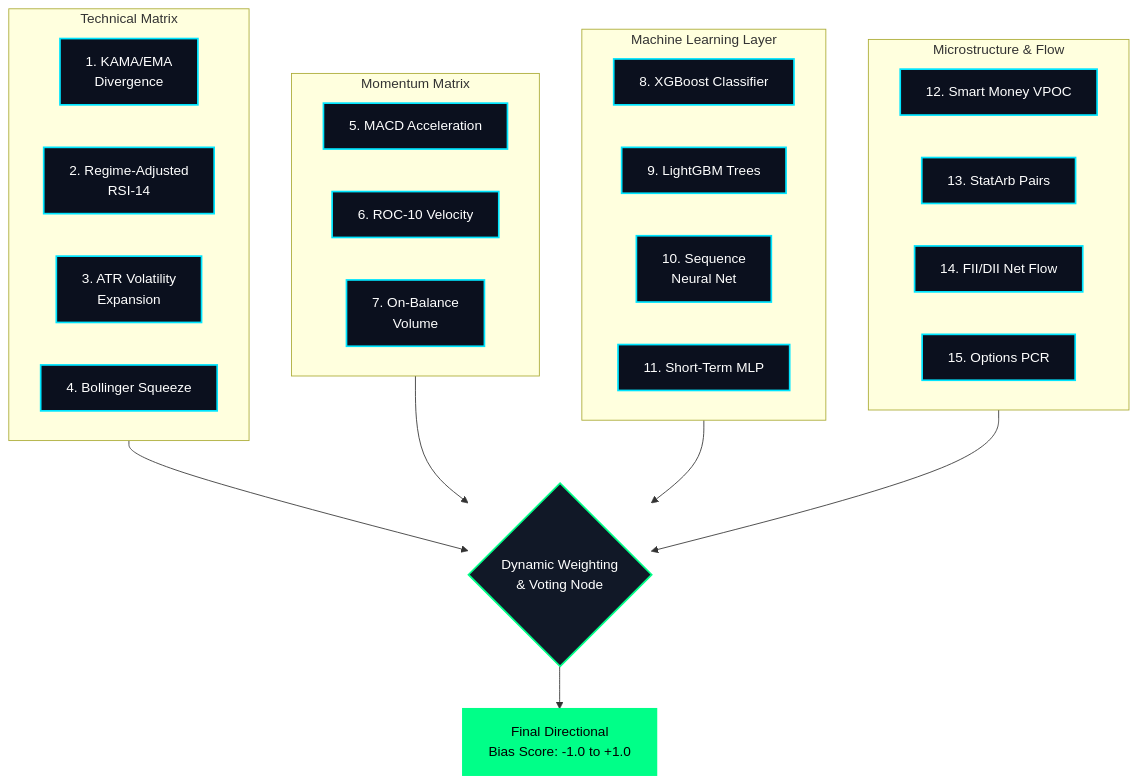
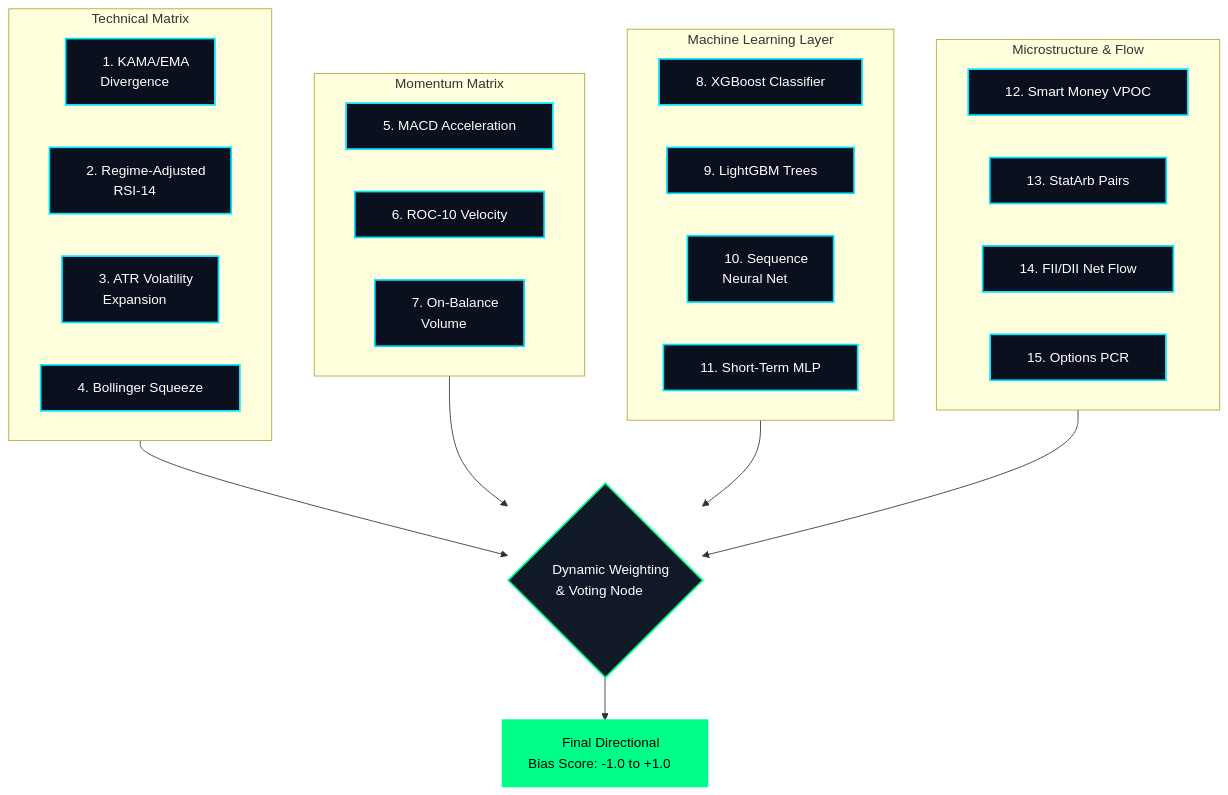
The third of 5 diagrams in README.md (SaiSiddharthBS/MarketAnalyser), drawn with Mermaid before and after one commit. The commit also changed other lines of this file, not shown here.

Commit message:
docs: Fix mermaid clipping by stripping markdown strings and injecting structural HTML non-breaking spaces for bounding box pad

````diff
--- a/README.md
+++ b/README.md
@@ -184,46 +184,46 @@
 ```mermaid
 graph TD
-    subgraph Technical["`Technical Matrix`"]
-        M1["`1. KAMA/EMA<br/>Divergence`"]
-        M2["`2. Regime-Adjusted<br/>RSI-14`"]
-        M3["`3. ATR Volatility<br/>Expansion`"]
-        M4["`4. Bollinger Squeeze`"]
+    subgraph Technical["Technical Matrix"]
+        M1["&nbsp;&nbsp;&nbsp;1. KAMA/EMA<br/>Divergence&nbsp;&nbsp;&nbsp;"]
+        M2["&nbsp;&nbsp;&nbsp;2. Regime-Adjusted<br/>RSI-14&nbsp;&nbsp;&nbsp;"]
+        M3["&nbsp;&nbsp;&nbsp;3. ATR Volatility<br/>Expansion&nbsp;&nbsp;&nbsp;"]
+        M4["&nbsp;&nbsp;&nbsp;4. Bollinger Squeeze&nbsp;&nbsp;&nbsp;"]
     end
     
-    subgraph Momentum["`Momentum Matrix`"]
-        M5["`5. MACD Acceleration`"]
-        M6["`6. ROC-10 Velocity`"]
-        M7["`7. On-Balance<br/>Volume`"]
+    subgraph Momentum["Momentum Matrix"]
+        M5["&nbsp;&nbsp;&nbsp;5. MACD Acceleration&nbsp;&nbsp;&nbsp;"]
+        M6["&nbsp;&nbsp;&nbsp;6. ROC-10 Velocity&nbsp;&nbsp;&nbsp;"]
+        M7["&nbsp;&nbsp;&nbsp;7. On-Balance<br/>Volume&nbsp;&nbsp;&nbsp;"]
     end
     
-    subgraph MachineLearning["`Machine Learning Layer`"]
-        M8["`8. XGBoost Classifier`"]
-        M9["`9. LightGBM Trees`"]
-        M10["`10. Sequence<br/>Neural Net`"]
-        M11["`11. Short-Term MLP`"]
+    subgraph MachineLearning["Machine Learning Layer"]
+        M8["&nbsp;&nbsp;&nbsp;8. XGBoost Classifier&nbsp;&nbsp;&nbsp;"]
+        M9["&nbsp;&nbsp;&nbsp;9. LightGBM Trees&nbsp;&nbsp;&nbsp;"]
+        M10["&nbsp;&nbsp;&nbsp;10. Sequence<br/>Neural Net&nbsp;&nbsp;&nbsp;"]
+        M11["&nbsp;&nbsp;&nbsp;11. Short-Term MLP&nbsp;&nbsp;&nbsp;"]
     end
     
-    subgraph Microstructure["`Microstructure & Flow`"]
-        M12["`12. Smart Money VPOC`"]
-        M13["`13. StatArb Pairs`"]
-        M14["`14. FII/DII Net Flow`"]
-        M15["`15. Options PCR`"]
+    subgraph Microstructure["Microstructure & Flow"]
+        M12["&nbsp;&nbsp;&nbsp;12. Smart Money VPOC&nbsp;&nbsp;&nbsp;"]
+        M13["&nbsp;&nbsp;&nbsp;13. StatArb Pairs&nbsp;&nbsp;&nbsp;"]
+        M14["&nbsp;&nbsp;&nbsp;14. FII/DII Net Flow&nbsp;&nbsp;&nbsp;"]
+        M15["&nbsp;&nbsp;&nbsp;15. Options PCR&nbsp;&nbsp;&nbsp;"]
     end
     
-    Vote{"`Dynamic Weighting<br/>& Voting Node`"}
-    Output["`Final Directional<br/>Bias Score: -1.0 to +1.0`"]
+    Vote{"&nbsp;&nbsp;&nbsp;Dynamic Weighting<br/>& Voting Node&nbsp;&nbsp;&nbsp;"}
+    Output["&nbsp;&nbsp;&nbsp;Final Directional<br/>Bias Score: -1.0 to +1.0&nbsp;&nbsp;&nbsp;"]
     
     Technical --> Vote
     Momentum --> Vote
     MachineLearning --> Vote
     Microstructure --> Vote
     Vote --> Output
 
     classDef default fill:#0b101e,stroke:#00e5ff,stroke-width:2px,color:#ffffff;
     classDef highlight fill:#111827,stroke:#00ff88,stroke-width:2px,color:#ffffff;
     classDef decision fill:#00ff88,stroke:#00ff88,stroke-width:2px,color:#000000;
 
     class M1,M2,M3,M4,M5,M6,M7,M8,M9,M10,M11,M12,M13,M14,M15 default;
     class Vote highlight;
     class Output decision;
 ```
````
